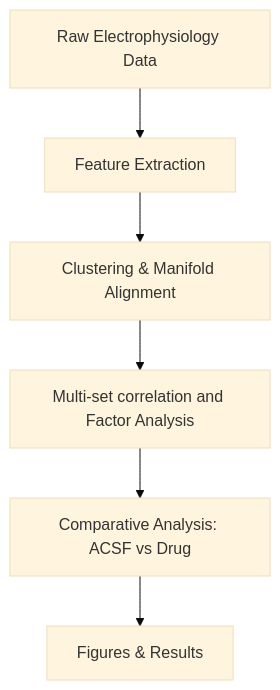
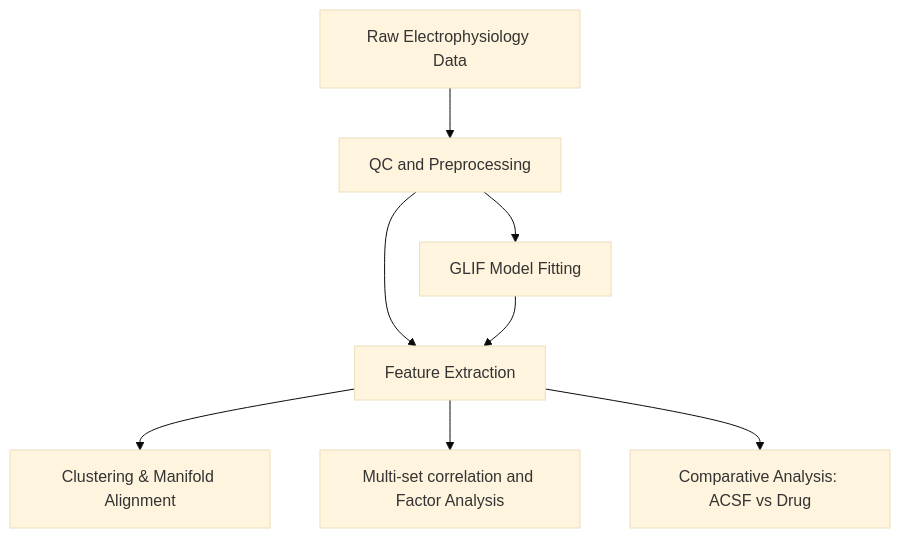
Before and after one commit to Nishant-codex/single_cell_analysis: the diagram in README.md, drawn with Mermaid (base theme).

Commit message:
updated pipleline flowchart

````diff
--- a/README.md
+++ b/README.md
@@ -111,8 +111,10 @@
 ```mermaid
 flowchart TD
-    A[Raw Electrophysiology Data] --> B[Feature Extraction]
-    B --> D[Clustering & Manifold Alignment]
-	D --> E[Multi-set correlation and Factor Analysis]
-    E --> F[Comparative Analysis: ACSF vs Drug]
-    F --> G[Figures & Results]
+    A[Raw Electrophysiology Data] --> B[QC and Preprocessing]
+    B --> C[Feature Extraction]
+    B --> D[GLIF Model Fitting]
+    D --> C
+    C --> E[Clustering & Manifold Alignment]
+	C --> F[Multi-set correlation and Factor Analysis]
+    C --> G[Comparative Analysis: ACSF vs Drug]
 ```
````
